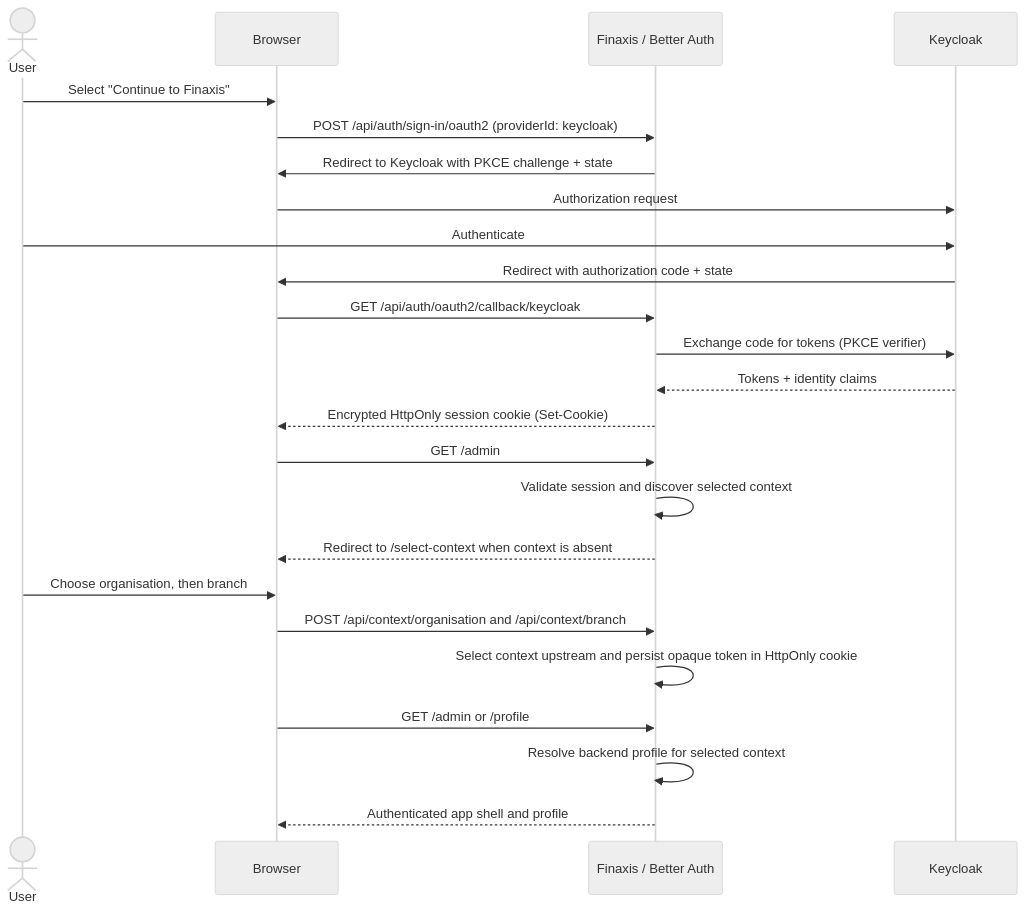
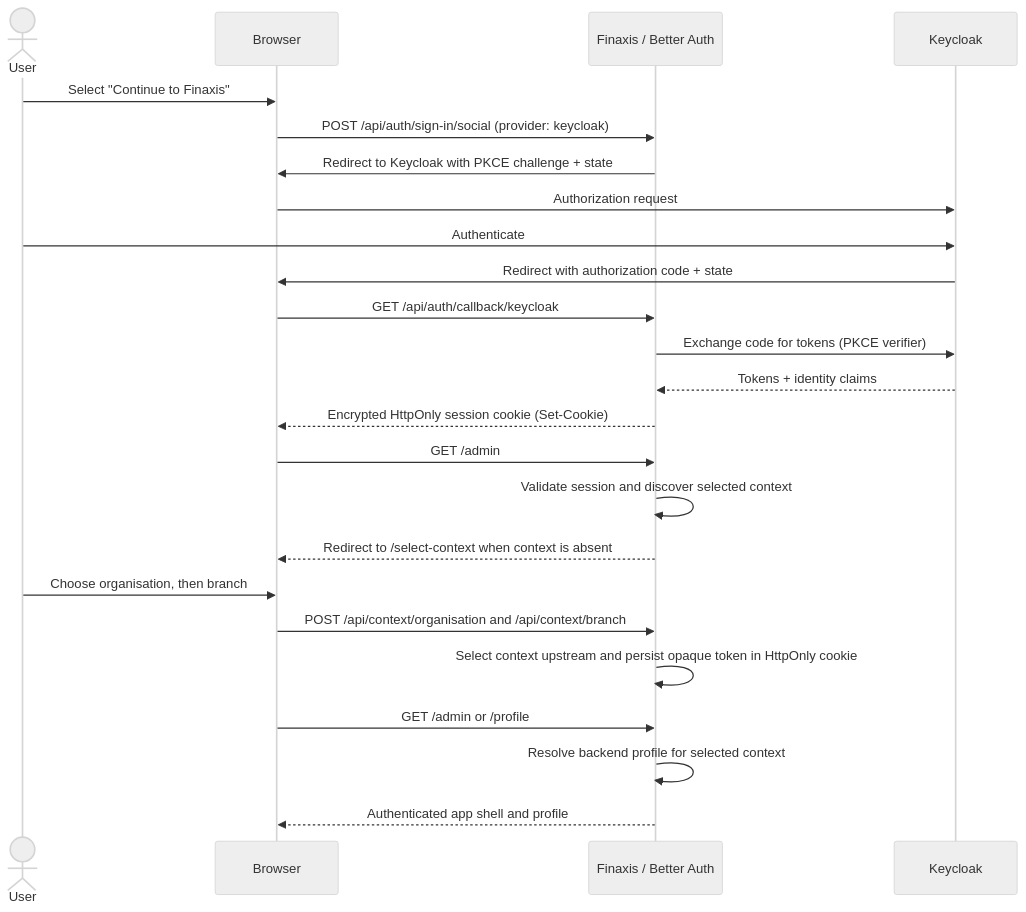
The first of 2 diagrams in docs/authentication/architecture.md (kevogaba/finaxis-frontend), drawn with Mermaid (neutral theme) before and after one commit. The commit also changed other lines of this file and 23 other files, not shown here.

````diff
--- a/docs/authentication/architecture.md
+++ b/docs/authentication/architecture.md
@@ -9,27 +9,27 @@
 ```mermaid
 sequenceDiagram
 actor User
 participant Browser
 participant Finaxis as Finaxis / Better Auth
 participant Keycloak
 
     User->>Browser: Select "Continue to Finaxis"
-    Browser->>Finaxis: POST /api/auth/sign-in/oauth2 (providerId: keycloak)
+    Browser->>Finaxis: POST /api/auth/sign-in/social (provider: keycloak)
     Finaxis->>Browser: Redirect to Keycloak with PKCE challenge + state
     Browser->>Keycloak: Authorization request
     User->>Keycloak: Authenticate
     Keycloak->>Browser: Redirect with authorization code + state
-    Browser->>Finaxis: GET /api/auth/oauth2/callback/keycloak
+    Browser->>Finaxis: GET /api/auth/callback/keycloak
     Finaxis->>Keycloak: Exchange code for tokens (PKCE verifier)
     Keycloak-->>Finaxis: Tokens + identity claims
     Finaxis-->>Browser: Encrypted HttpOnly session cookie (Set-Cookie)
     Browser->>Finaxis: GET /admin
     Finaxis->>Finaxis: Validate session and discover selected context
     Finaxis-->>Browser: Redirect to /select-context when context is absent
     User->>Browser: Choose organisation, then branch
     Browser->>Finaxis: POST /api/context/organisation and /api/context/branch
     Finaxis->>Finaxis: Select context upstream and persist opaque token in HttpOnly cookie
     Browser->>Finaxis: GET /admin or /profile
     Finaxis->>Finaxis: Resolve backend profile for selected context
     Finaxis-->>Browser: Authenticated app shell and profile
 ```
````
